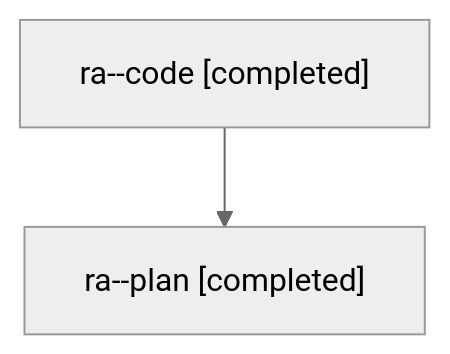
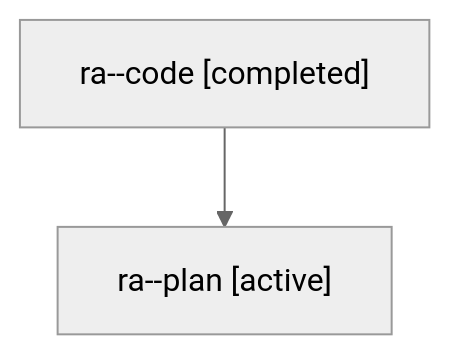
One commit to sase-org/sase--agents changed the diagram in families/bbugyi200.athena.ra.md. Above: the diagram before and after it, drawn with Mermaid (neutral theme). The commit also changed other lines of this file and 5813 other files, not shown here.

````diff
--- a/families/bbugyi200.athena.ra.md
+++ b/families/bbugyi200.athena.ra.md
@@ -9,6 +9,6 @@
 ```mermaid
 flowchart TD
   n0["ra--code [completed]"]
-  n1["ra--plan [completed]"]
+  n1["ra--plan [active]"]
   n0 --> n1
 ```
````
